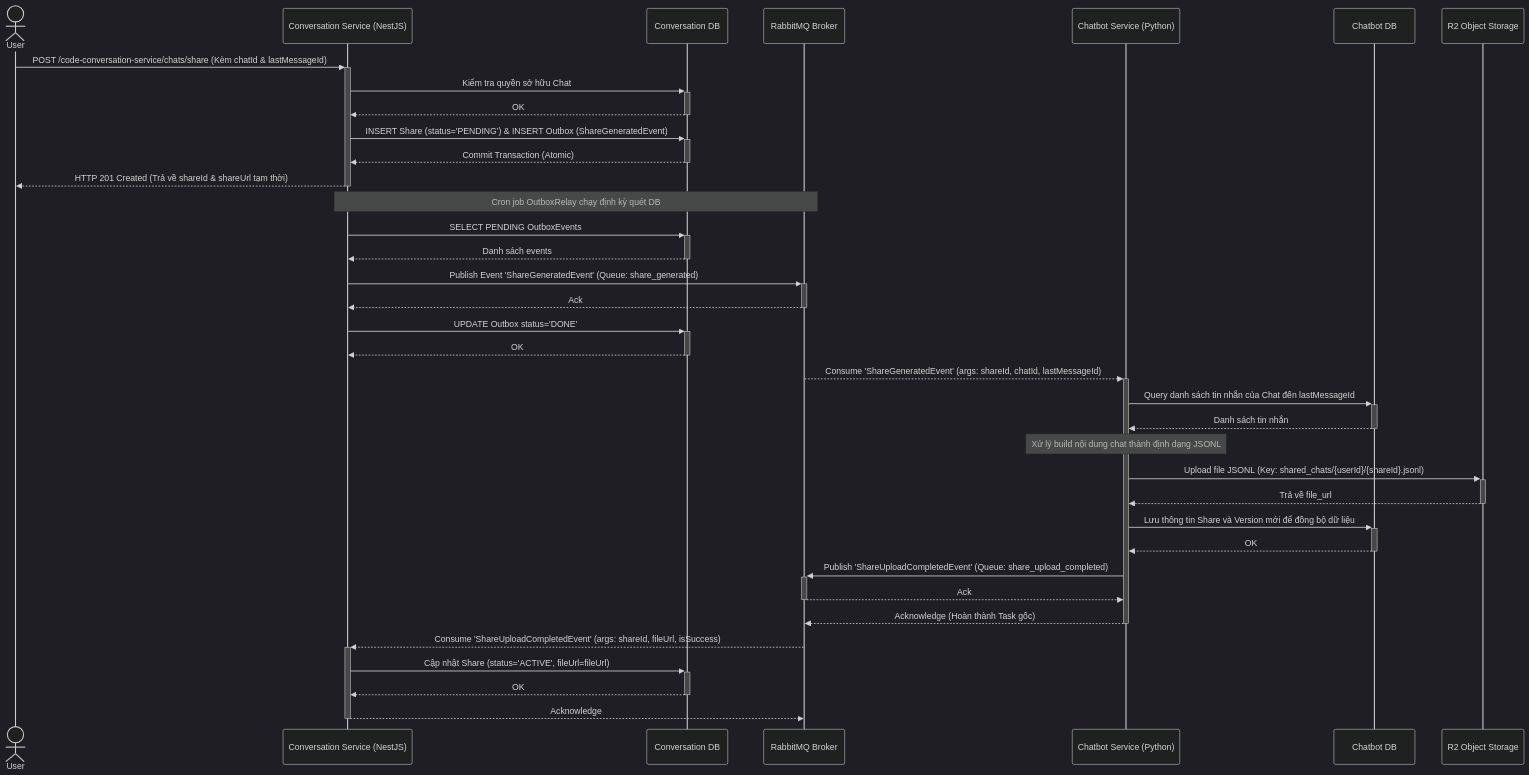
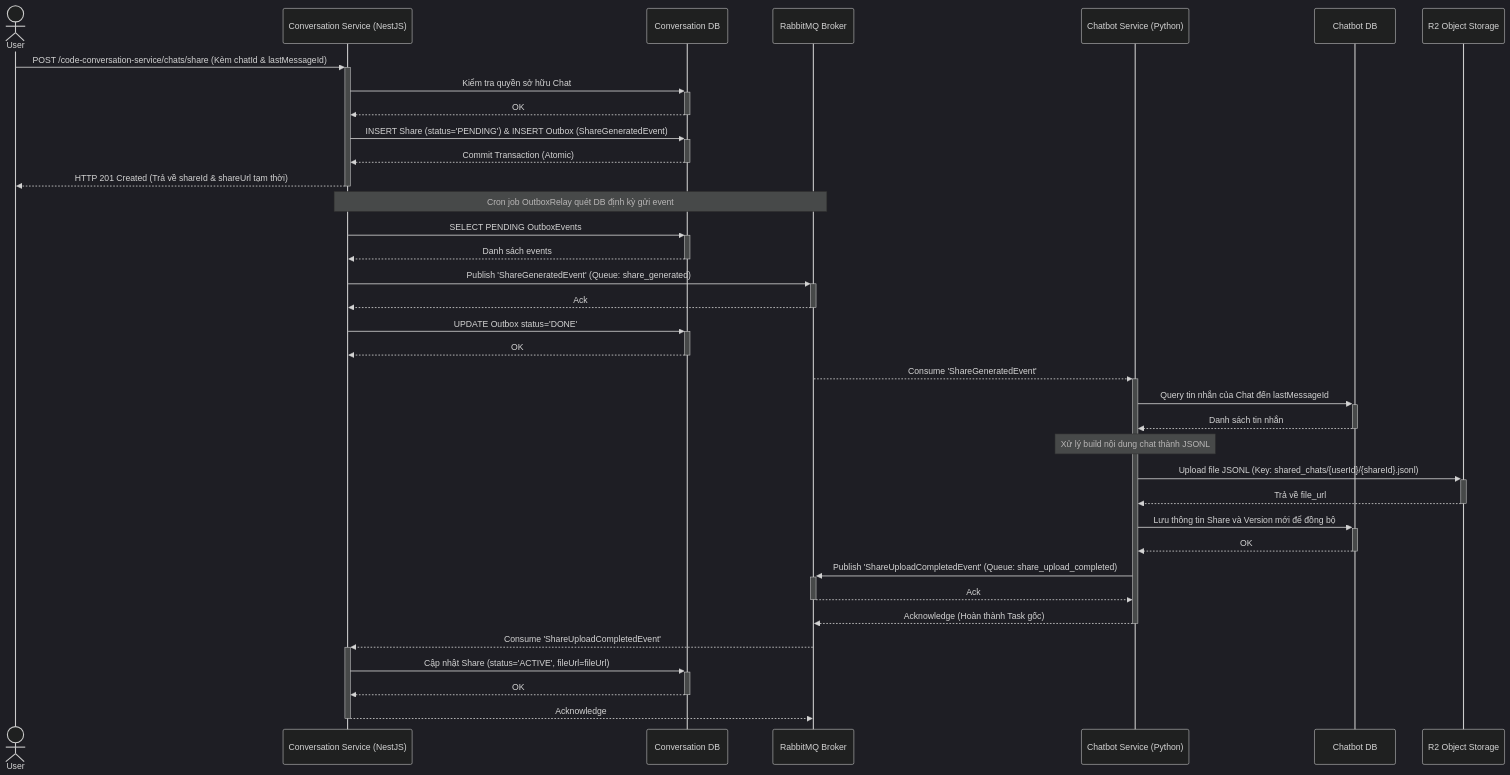
Before and after one commit to 20206205Tech/docs-markdown: the diagram in docs/1. Tổng quan đề tài/1.3. Bài toán nghiệp vụ/sequence/Share-Chat.mmd, drawn with Mermaid (dark theme). The commit also changed 3 other files, not shown here.

```diff
--- a/docs/1. Tổng quan đề tài/1.3. Bài toán nghiệp vụ/sequence/Share-Chat.mmd
+++ b/docs/1. Tổng quan đề tài/1.3. Bài toán nghiệp vụ/sequence/Share-Chat.mmd
@@ -1,58 +1,45 @@
 
 sequenceDiagram
     actor User
     participant Conv as Conversation Service (NestJS)
     participant ConvDB as Conversation DB
     participant RabbitMQ as RabbitMQ Broker
     participant Chatbot as Chatbot Service (Python)
     participant ChatbotDB as Chatbot DB
     participant R2 as R2 Object Storage
 
-    %% Giai đoạn 1: Khởi tạo Share Link
     User->>+Conv: POST /code-conversation-service/chats/share (Kèm chatId & lastMessageId)
-
-    %% Kiểm tra quyền & ghi nhận giao dịch bằng Outbox Pattern
     Conv->>+ConvDB: Kiểm tra quyền sở hữu Chat
     ConvDB-->>-Conv: OK
 
     Conv->>+ConvDB: INSERT Share (status='PENDING') & INSERT Outbox (ShareGeneratedEvent)
     ConvDB-->>-Conv: Commit Transaction (Atomic)
 
-    %% Trả về link ngay lập tức cho User
     Conv-->>-User: HTTP 201 Created (Trả về shareId & shareUrl tạm thời)
 
-    %% Giai đoạn 2: Cron Job quét Outbox gửi RabbitMQ
-    Note over Conv, RabbitMQ: Cron job OutboxRelay chạy định kỳ quét DB
+    Note over Conv, RabbitMQ: Cron job OutboxRelay quét DB định kỳ gửi event
     Conv->>+ConvDB: SELECT PENDING OutboxEvents
     ConvDB-->>-Conv: Danh sách events
-
-    Conv->>+RabbitMQ: Publish Event 'ShareGeneratedEvent' (Queue: share_generated)
+    Conv->>+RabbitMQ: Publish 'ShareGeneratedEvent' (Queue: share_generated)
     RabbitMQ-->>-Conv: Ack
-
     Conv->>+ConvDB: UPDATE Outbox status='DONE'
     ConvDB-->>-Conv: OK
 
-    %% Giai đoạn 3: Python xử lý sinh file JSONL & Upload R2
-    RabbitMQ-->>+Chatbot: Consume 'ShareGeneratedEvent' (args: shareId, chatId, lastMessageId)
-
-    Chatbot->>+ChatbotDB: Query danh sách tin nhắn của Chat đến lastMessageId
+    RabbitMQ-->>+Chatbot: Consume 'ShareGeneratedEvent'
+    Chatbot->>+ChatbotDB: Query tin nhắn của Chat đến lastMessageId
     ChatbotDB-->>-Chatbot: Danh sách tin nhắn
-
-    Note over Chatbot: Xử lý build nội dung chat thành định dạng JSONL
+    Note over Chatbot: Xử lý build nội dung chat thành JSONL
 
     Chatbot->>+R2: Upload file JSONL (Key: shared_chats/{userId}/{shareId}.jsonl)
     R2-->>-Chatbot: Trả về file_url
-
-    Chatbot->>+ChatbotDB: Lưu thông tin Share và Version mới để đồng bộ dữ liệu
+    Chatbot->>+ChatbotDB: Lưu thông tin Share và Version mới để đồng bộ
     ChatbotDB-->>-Chatbot: OK
 
-    %% Trả kết quả hoàn thành về NestJS
     Chatbot->>+RabbitMQ: Publish 'ShareUploadCompletedEvent' (Queue: share_upload_completed)
     RabbitMQ-->>-Chatbot: Ack
     Chatbot-->>-RabbitMQ: Acknowledge (Hoàn thành Task gốc)
 
-    %% Giai đoạn 4: NestJS nhận kết quả và kích hoạt Share Link
-    RabbitMQ-->>+Conv: Consume 'ShareUploadCompletedEvent' (args: shareId, fileUrl, isSuccess)
+    RabbitMQ-->>+Conv: Consume 'ShareUploadCompletedEvent'
     Conv->>+ConvDB: Cập nhật Share (status='ACTIVE', fileUrl=fileUrl)
     ConvDB-->>-Conv: OK
     Conv-->>-RabbitMQ: Acknowledge
```
